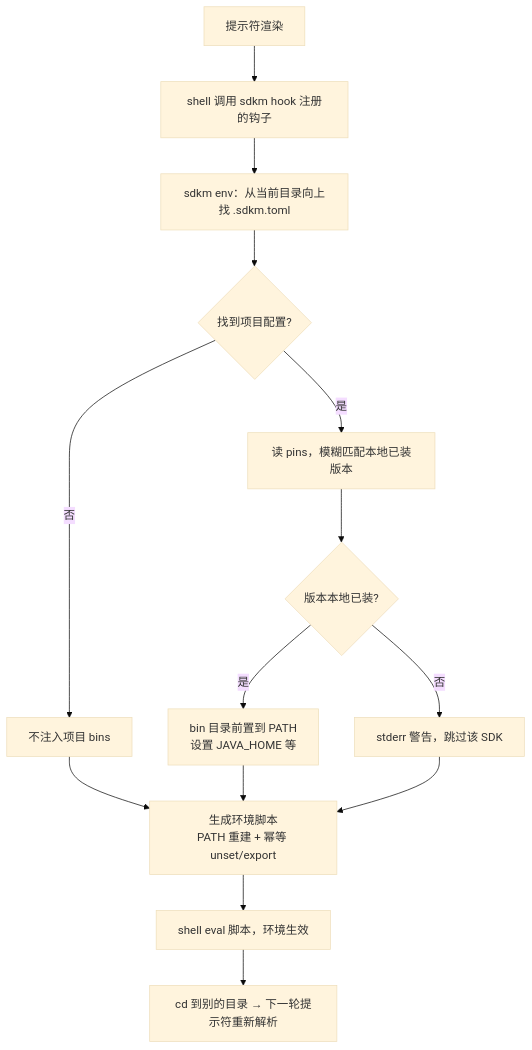
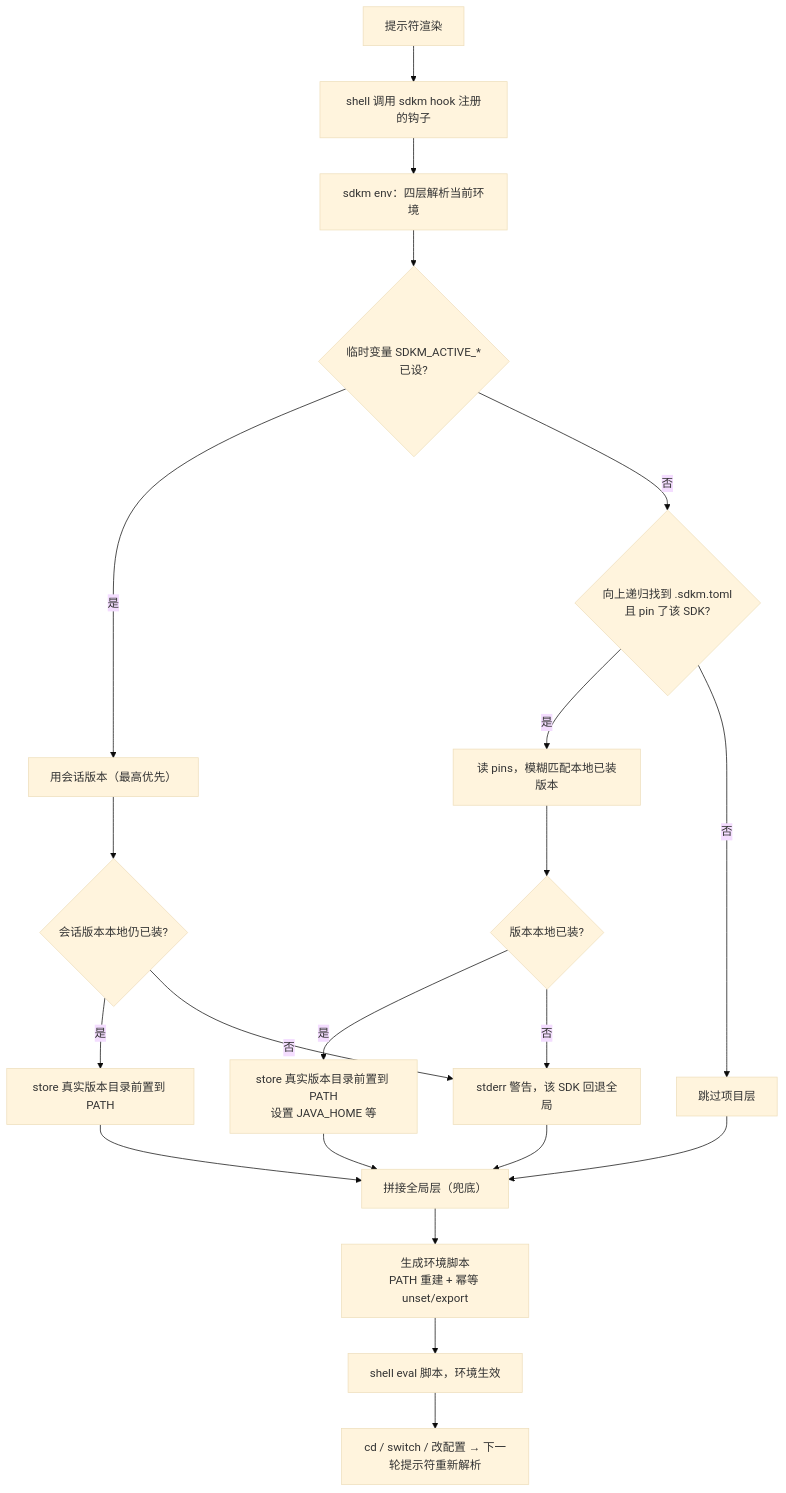
Before and after one commit to borenchan/sdkmate: the first of 2 diagrams in docs/usage.md, drawn with Mermaid (base theme). The commit also changed other lines of this file and 3 other files, not shown here.

````diff
--- a/docs/usage.md
+++ b/docs/usage.md
@@ -247,16 +249,23 @@
 ```mermaid
 flowchart TD
     A["提示符渲染"] --> B["shell 调用 sdkm hook 注册的钩子"]
-    B --> C["sdkm env：从当前目录向上找 .sdkm.toml"]
-    C --> D{"找到项目配置?"}
-    D -->|"是"| E["读 pins，模糊匹配本地已装版本"]
-    D -->|"否"| F["不注入项目 bins"]
-    E --> G{"版本本地已装?"}
-    G -->|"是"| H["bin 目录前置到 PATH<br/>设置 JAVA_HOME 等"]
-    G -->|"否"| I["stderr 警告，跳过该 SDK"]
-    F --> J["生成环境脚本<br/>PATH 重建 + 幂等 unset/export"]
-    H --> J
-    I --> J
-    J --> K["shell eval 脚本，环境生效"]
-    K --> L["cd 到别的目录 → 下一轮提示符重新解析"]
+    B --> C["sdkm env：四层解析当前环境"]
+    C --> D{"临时变量 SDKM_ACTIVE_*<br/>已设?"}
+    D -->|"是"| E["用会话版本（最高优先）"]
+    D -->|"否"| F{"向上递归找到 .sdkm.toml<br/>且 pin 了该 SDK?"}
+    F -->|"是"| G["读 pins，模糊匹配本地已装版本"]
+    F -->|"否"| H["跳过项目层"]
+    G --> I{"版本本地已装?"}
+    I -->|"是"| J["store 真实版本目录前置到 PATH<br/>设置 JAVA_HOME 等"]
+    I -->|"否"| K["stderr 警告，该 SDK 回退全局"]
+    E --> L{"会话版本本地仍已装?"}
+    L -->|"是"| E2["store 真实版本目录前置到 PATH"]
+    L -->|"否"| K
+    E2 --> M["拼接全局层（兜底）"]
+    H --> M
+    J --> M
+    K --> M
+    M --> N["生成环境脚本<br/>PATH 重建 + 幂等 unset/export"]
+    N --> O["shell eval 脚本，环境生效"]
+    O --> P["cd / switch / 改配置 → 下一轮提示符重新解析"]
 ```
````
